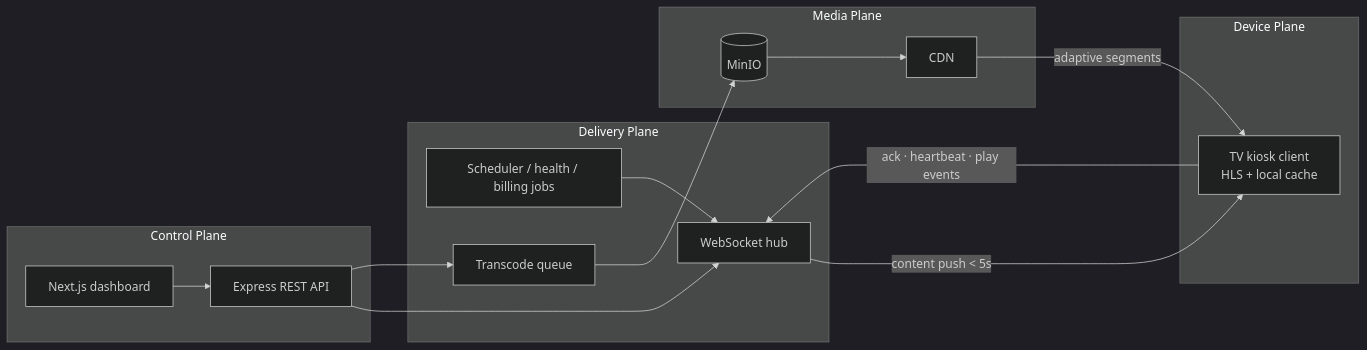
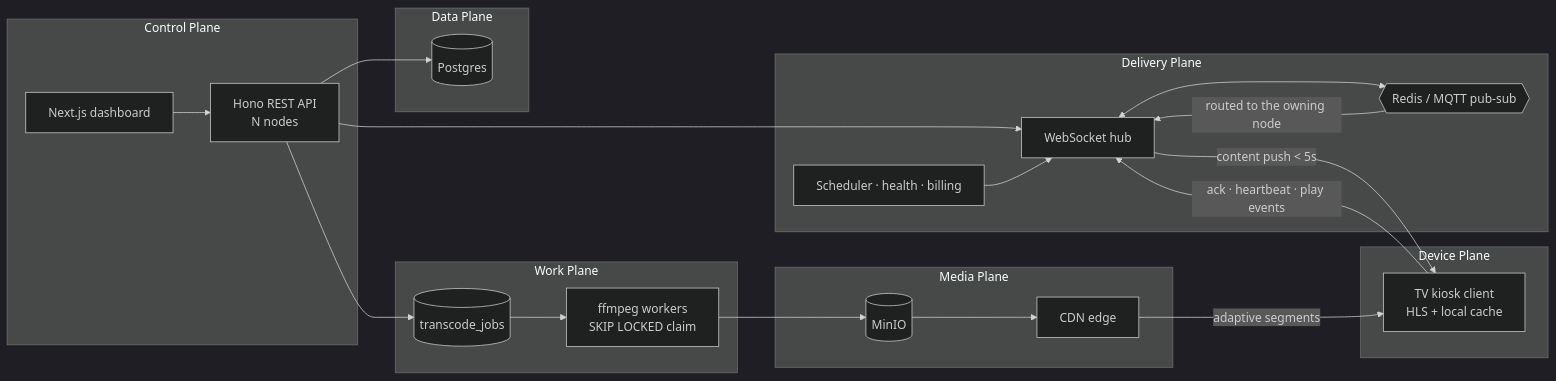
Before and after one commit to farzanshibu/tv-boardcaster: the diagram in README.md, drawn with Mermaid (dark theme). The commit also changed other lines of this file and 63 other files, not shown here.

````diff
--- a/README.md
+++ b/README.md
@@ -102,28 +116,39 @@
 ```mermaid
 flowchart LR
   subgraph Control["Control Plane"]
     D[Next.js dashboard]
-    A[Express REST API]
+    A[Hono REST API<br/>N nodes]
   end
   subgraph Delivery["Delivery Plane"]
     W[WebSocket hub]
-    J[Scheduler / health / billing jobs]
-    Q[Transcode queue]
+    B{{Redis / MQTT pub-sub}}
+    J[Scheduler · health · billing]
   end
-  subgraph Storage["Media Plane"]
+  subgraph Work["Work Plane"]
+    Q[(transcode_jobs)]
+    K[ffmpeg workers<br/>SKIP LOCKED claim]
+  end
+  subgraph Data["Data Plane"]
+    P[(Postgres)]
+  end
+  subgraph Media["Media Plane"]
     M[(MinIO)]
-    C[CDN]
+    C[CDN edge]
   end
   subgraph Device["Device Plane"]
     T[TV kiosk client<br/>HLS + local cache]
   end
   D --> A
+  A --> P
   A --> W
   A --> Q
-  Q --> M
+  W <--> B
+  J --> W
+  Q --> K
+  K --> M
   M --> C
-  J --> W
+  B -- "routed to the owning node" --> W
   W -- "content push &lt; 5s" --> T
   C -- "adaptive segments" --> T
   T -- "ack · heartbeat · play events" --> W
 ```
````
